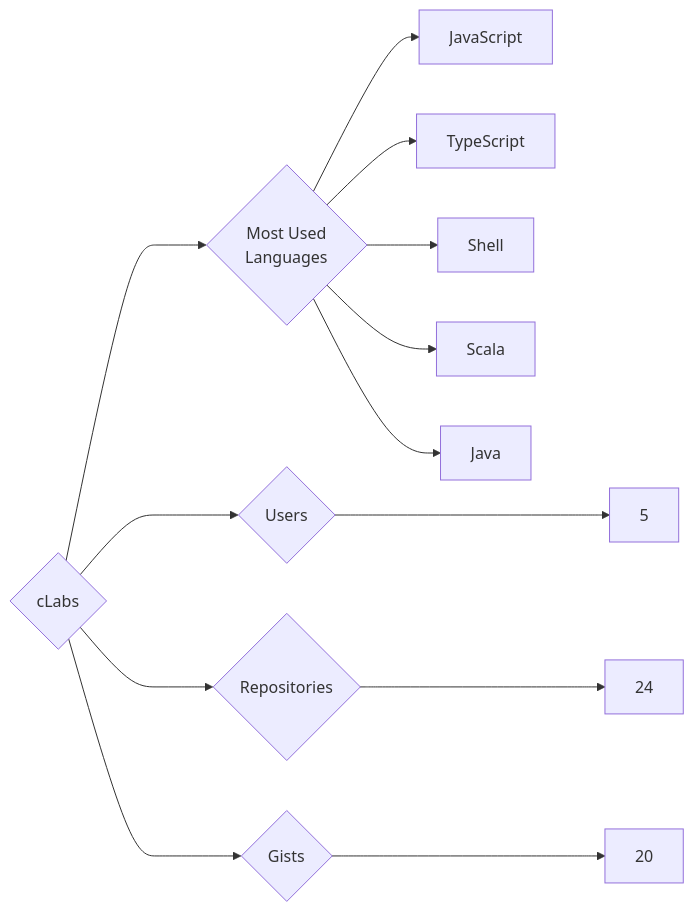
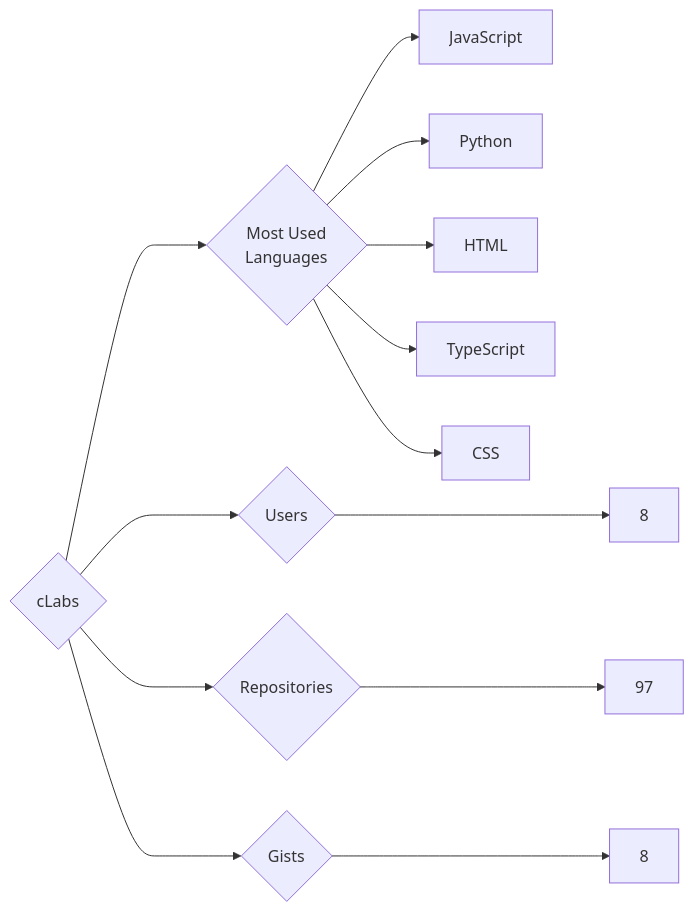
The diagram in targets/cLabs/README.md (trickest/insiders), drawn with Mermaid before and after one commit. The commit also changed 1314 other files, not shown here.

````diff
--- a/targets/cLabs/README.md
+++ b/targets/cLabs/README.md
@@ -3,13 +3,13 @@
 ```mermaid
 graph LR
 COMPANY_NAME{cLabs}
-COMPANY_NAME ---> U{Users} ---> UN[5]
-COMPANY_NAME ---> R{Repositories} ---> RN[24]
-COMPANY_NAME ---> G{Gists} ---> GN[20]
+COMPANY_NAME ---> U{Users} ---> UN[8]
+COMPANY_NAME ---> R{Repositories} ---> RN[97]
+COMPANY_NAME ---> G{Gists} ---> GN[8]
 COMPANY_NAME ---> ML{Most Used<br>Languages}
 ML --> JavaScript[JavaScript]
+ML --> Python[Python]
+ML --> HTML[HTML]
 ML --> TypeScript[TypeScript]
-ML --> Shell[Shell]
-ML --> Scala[Scala]
-ML --> Java[Java]
+ML --> CSS[CSS]
 ```
````
